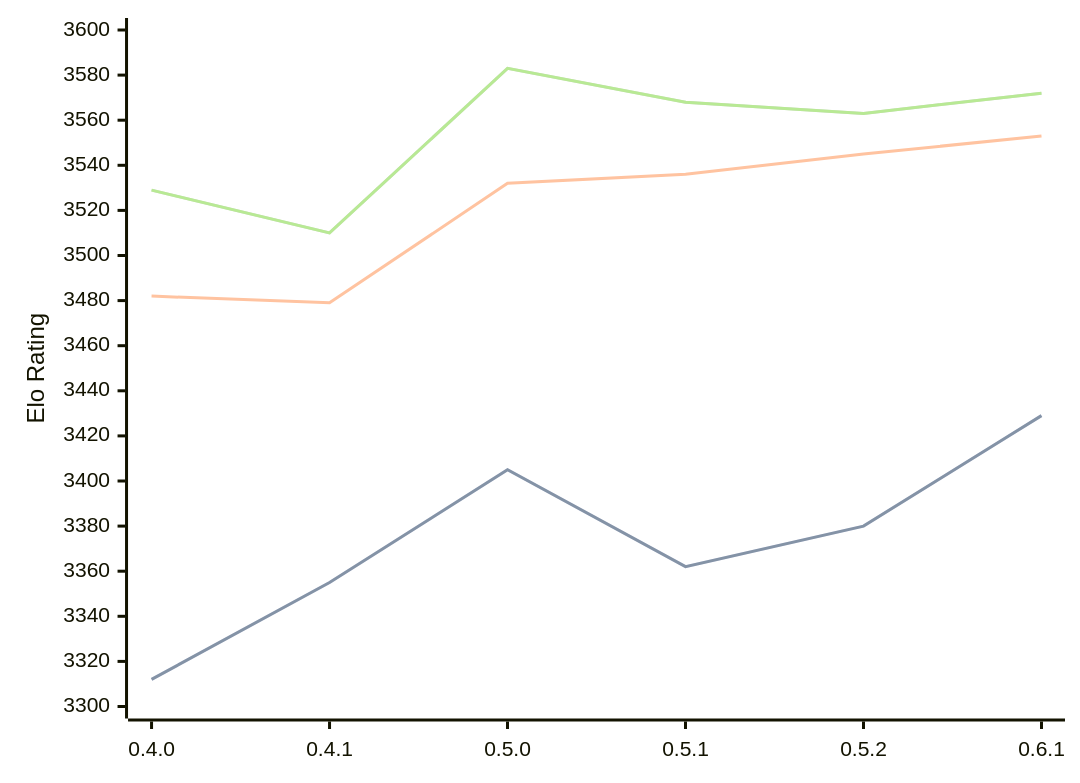
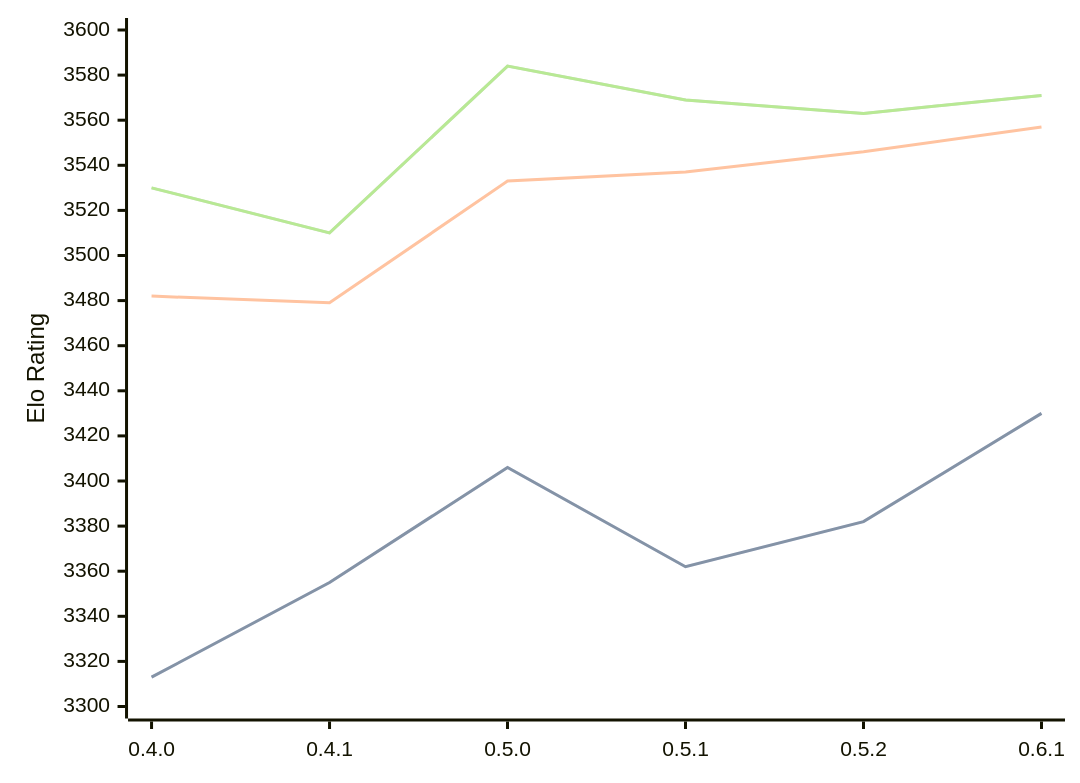
One commit to computer-chess-index/cci changed the diagram in engines/Cinder.md. Above: the diagram before and after it, drawn with Mermaid. The commit also changed other lines of this file, not shown here.

Commit message:
Update CCI Ratings (ELO VLTC) - 2026-09-07

````diff
--- a/engines/Cinder.md
+++ b/engines/Cinder.md
@@ -37,11 +37,11 @@
 ```mermaid
 %%{init: {"theme":"base","themeVariables":{"seriesColors:['#a3a3a3','#222221','#faa371']}}}%%
 xychart-beta
   x-axis ["0.4.0", "0.4.1", "0.5.0", "0.5.1", "0.5.2", "0.6.1"]
   y-axis "Elo Rating" 3300 --> 3600
-  line "" [3312, 3355, 3405, 3362, 3380, 3429]
-  line "STC (8.0+0.08s)" [3312, 3355, 3405, 3362, 3380, 3429]
-  line "LTC (60.0+0.60s)" [3482, 3479, 3532, 3536, 3545, 3553]
-  line "" [3529, 3510, 3583, 3568, 3563, 3572]
-  line "VLTC (2m24s+1.12s)" [3529, 3510, 3583, 3568, 3563, 3572]
+  line "" [3313, 3355, 3406, 3362, 3382, 3430]
+  line "STC (8.0+0.08s)" [3313, 3355, 3406, 3362, 3382, 3430]
+  line "LTC (60.0+0.60s)" [3482, 3479, 3533, 3537, 3546, 3557]
+  line "" [3530, 3510, 3584, 3569, 3563, 3571]
+  line "VLTC (2m24s+1.12s)" [3530, 3510, 3584, 3569, 3563, 3571]
 ```
````
